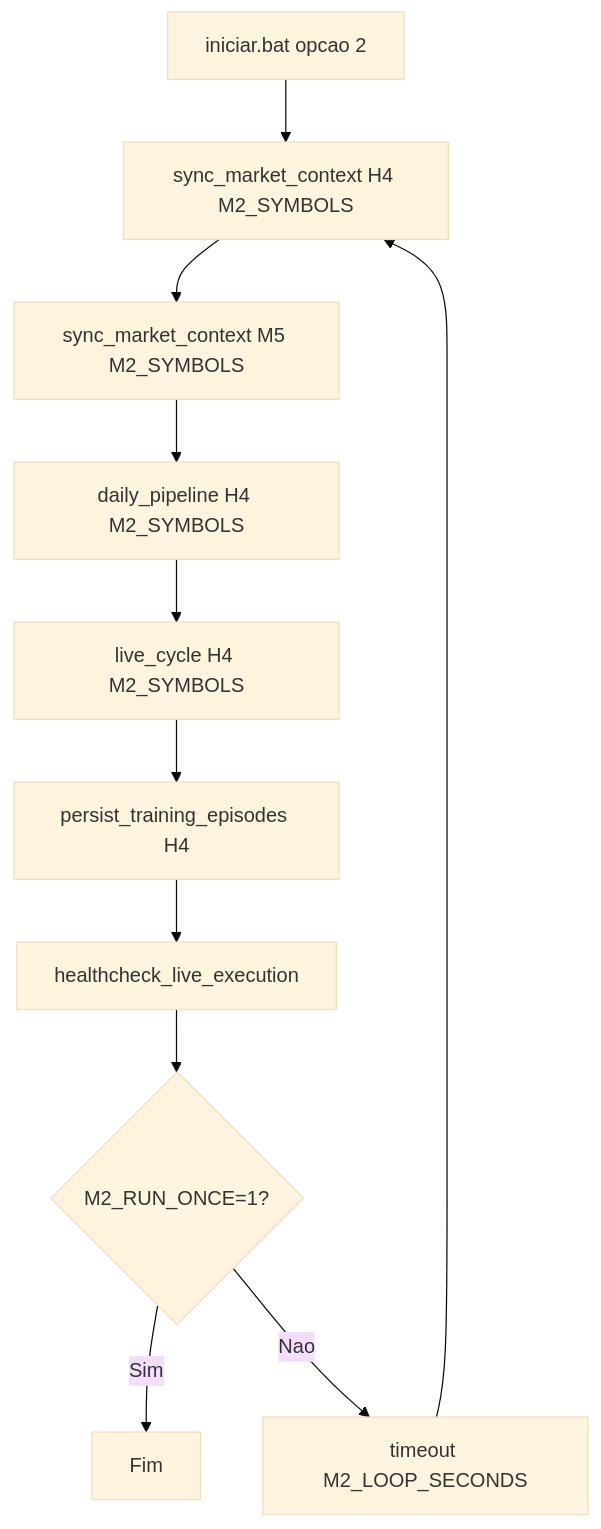
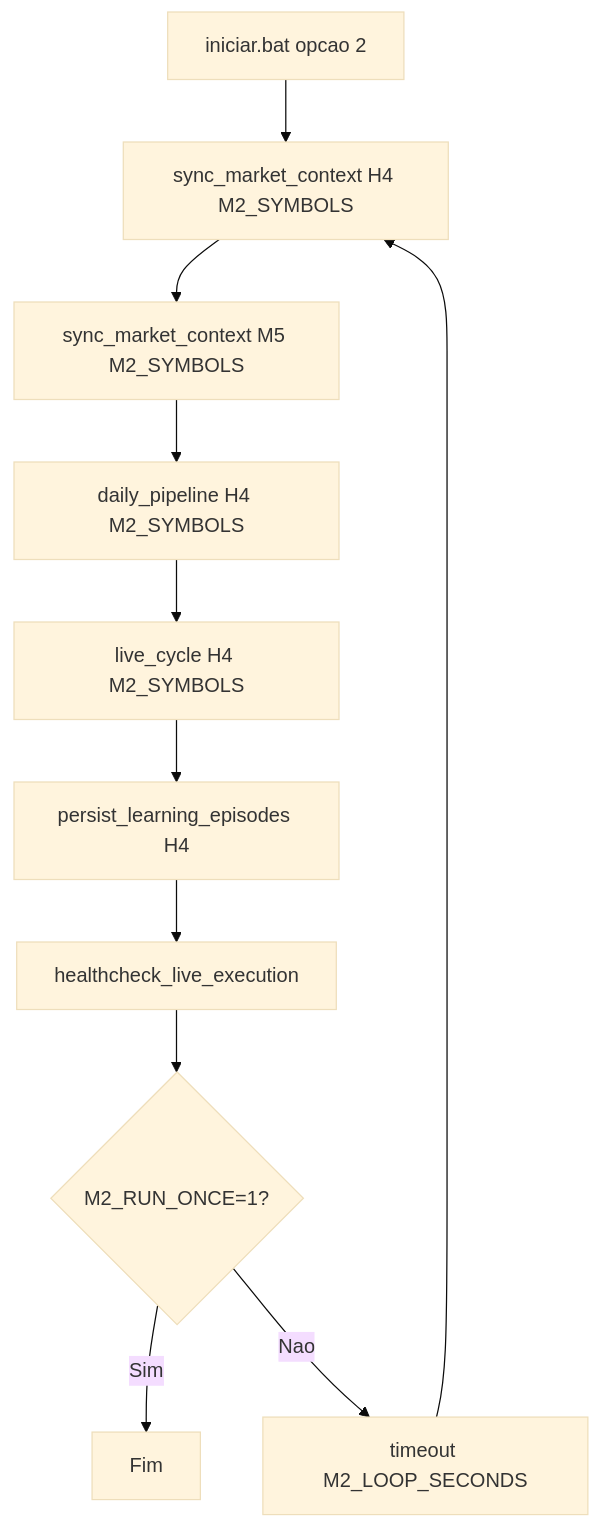
One commit to jadergreiner/crypto-futures-agent changed the seventh of 7 diagrams in docs/DIAGRAMAS.md. Above: the diagram before and after it, drawn with Mermaid (base theme). The commit also changed other lines of this file, not shown here.

Commit message:
[SYNC] Atualizar diagramas para arquitetura model-driven

````diff
--- a/docs/DIAGRAMAS.md
+++ b/docs/DIAGRAMAS.md
@@ -283,13 +154,13 @@
 ```mermaid
 flowchart TD
-    A[iniciar.bat opcao 2] --> B[sync_market_context H4 M2_SYMBOLS]
-    B --> C[sync_market_context M5 M2_SYMBOLS]
-    C --> D[daily_pipeline H4 M2_SYMBOLS]
-    D --> E[live_cycle H4 M2_SYMBOLS]
-    E --> F[persist_training_episodes H4]
-    F --> G[healthcheck_live_execution]
-    G --> H{M2_RUN_ONCE=1?}
-    H -->|Sim| I[Fim]
-    H -->|Nao| J[timeout M2_LOOP_SECONDS]
-    J --> B
+  A[iniciar.bat opcao 2] --> B[sync_market_context H4 M2_SYMBOLS]
+  B --> C[sync_market_context M5 M2_SYMBOLS]
+  C --> D[daily_pipeline H4 M2_SYMBOLS]
+  D --> E[live_cycle H4 M2_SYMBOLS]
+  E --> F[persist_learning_episodes H4]
+  F --> G[healthcheck_live_execution]
+  G --> H{M2_RUN_ONCE=1?}
+  H -->|Sim| I[Fim]
+  H -->|Nao| J[timeout M2_LOOP_SECONDS]
+  J --> B
 ```
````
